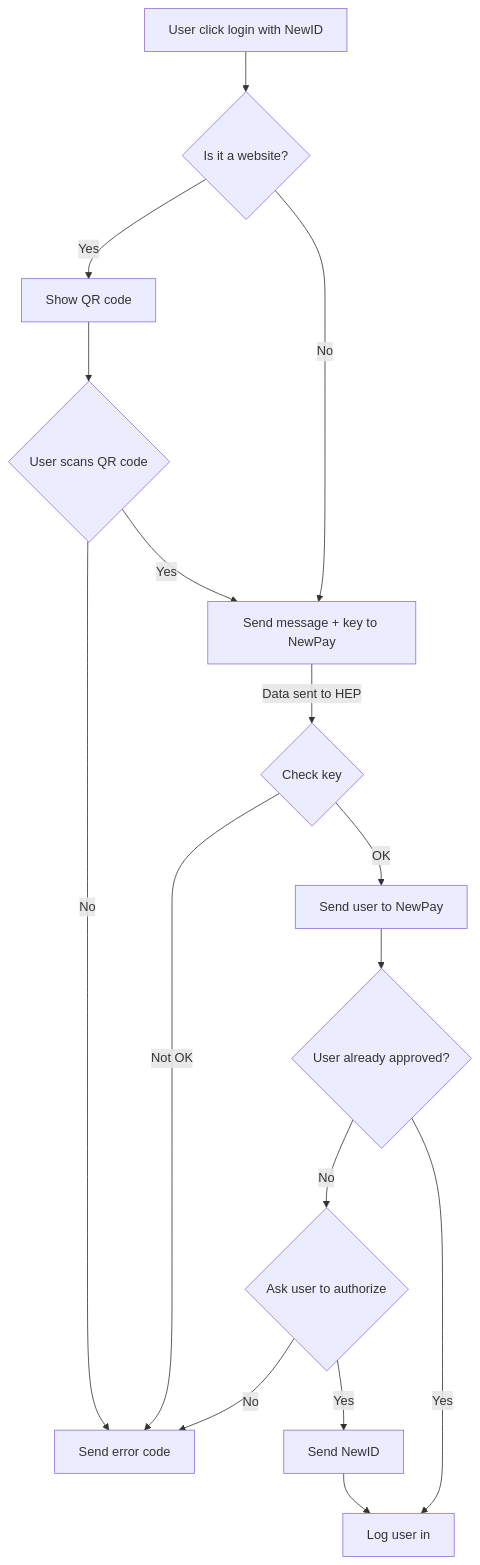
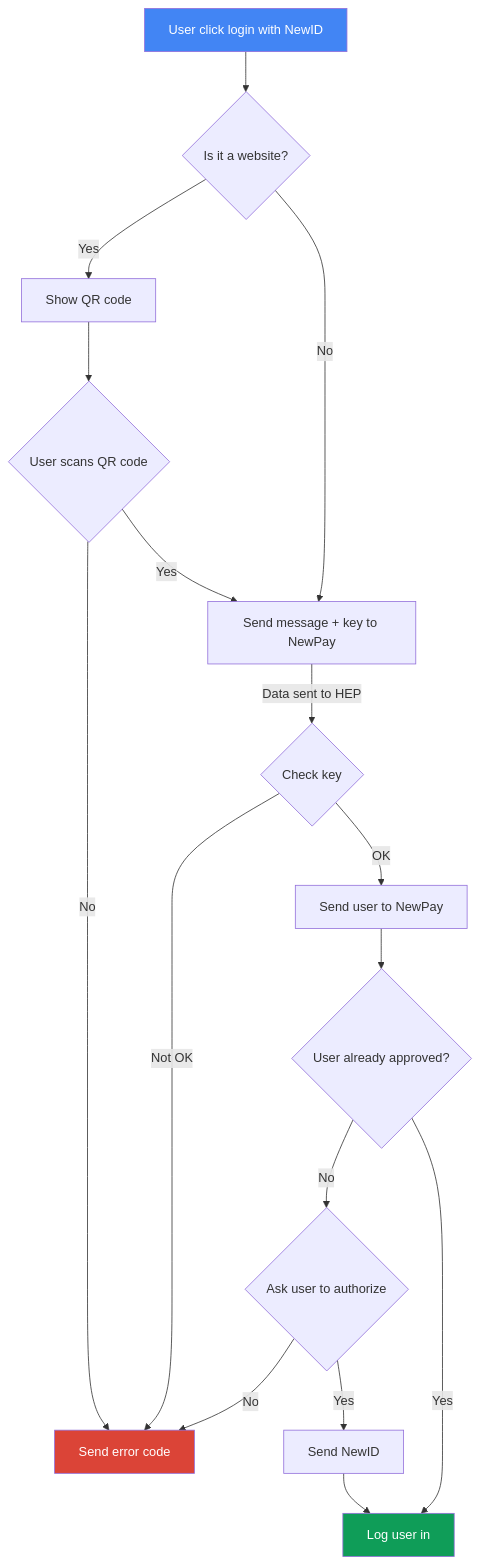
One commit to newtonproject/HEP-specification changed the diagram in login_flowchart.md. Above: the diagram before and after it, drawn with Mermaid. The commit also changed 1 other file, not shown here.

Commit message:
Payment flowchart; add color to flowcharts

````diff
--- a/login_flowchart.md
+++ b/login_flowchart.md
@@ -1,19 +1,25 @@
 ```mermaid
 graph TD
-Click[User click login with NewID] --> web_check{Is it a website?}
+start[User click login with NewID] --> web_check{Is it a website?}
 web_check--> |Yes| qr[Show QR code]
 web_check--> |No| send_req_newpay
 qr --> user_scan{User scans QR code}
 user_scan-->|No| Err
 user_scan-->|Yes| send_req_newpay
 send_req_newpay[Send message + key to NewPay];
 send_req_newpay --> |Data sent to HEP| check_key{Check key}
 check_key -->|Not OK| Err[Send error code]
 check_key -->|OK| redirect_newpay[Send user to NewPay]
 redirect_newpay --> user_exist{User already approved?}
 user_exist-->|No| user_auth_ask{Ask user to authorize}
-user_exist-->|Yes| login_user
+user_exist-->|Yes| success
 user_auth_ask-->|No| Err
 user_auth_ask-->|Yes| send_newid[Send NewID]
-send_newid --> login_user[Log user in]
+send_newid --> success[Log user in]
+classDef blue fill:#4285F4, color: #fff;
+classDef red fill:#DB4437, color: #fff;
+classDef green fill:#0F9D58, color: #fff;
+class Err red;
+class success green;
+class start blue;
 ```
````
